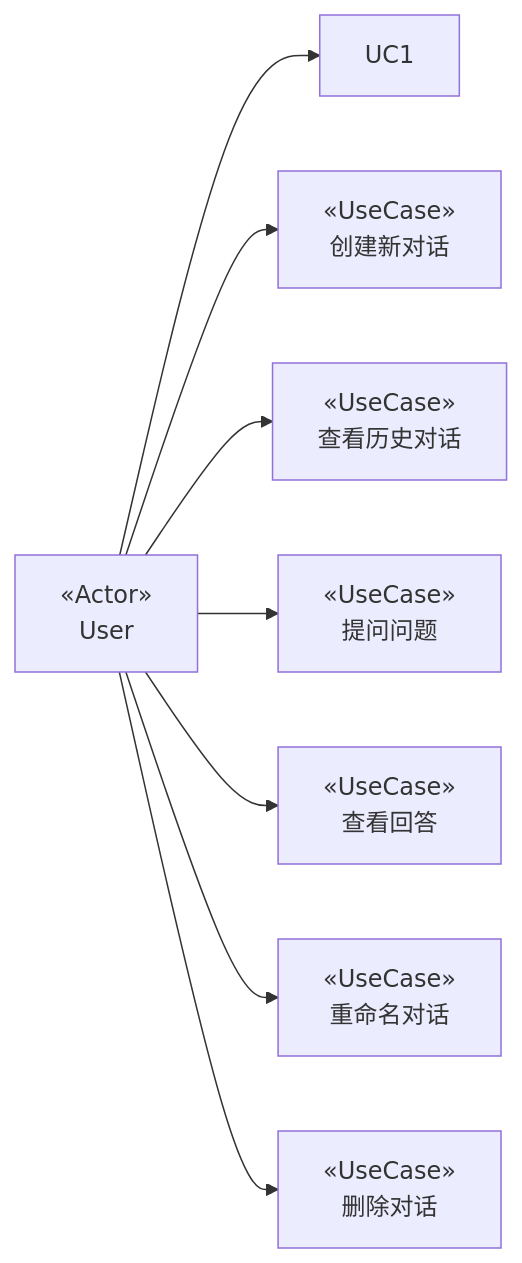
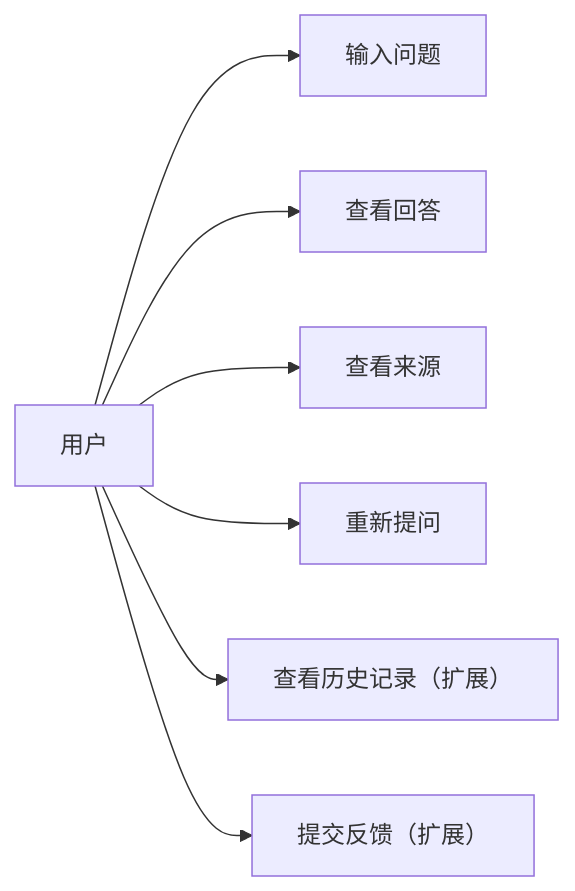
The second of 6 diagrams in documents/需求规格说明书.md (BUCT-CS2301/QAsystem), drawn with Mermaid before and after one commit. The commit also changed other lines of this file and 1 other file, not shown here.

````diff
--- a/documents/需求规格说明书.md
+++ b/documents/需求规格说明书.md
@@ -217,19 +301,18 @@
 ```mermaid
 flowchart LR
-    User["«Actor»<br/>User"]
+    User["用户"]
 
-    UC2["«UseCase»<br/>创建新对话"]
-    UC3["«UseCase»<br/>查看历史对话"]
-    UC4["«UseCase»<br/>提问问题"]
-    UC5["«UseCase»<br/>查看回答"]
-    UC6["«UseCase»<br/>重命名对话"]
-    UC7["«UseCase»<br/>删除对话"]
+    UC1["输入问题"]
+    UC2["查看回答"]
+    UC3["查看来源"]
+    UC4["重新提问"]
+    UC5["查看历史记录（扩展）"]
+    UC6["提交反馈（扩展）"]
 
     User --> UC1
     User --> UC2
     User --> UC3
     User --> UC4
     User --> UC5
     User --> UC6
-    User --> UC7
 ```
````
